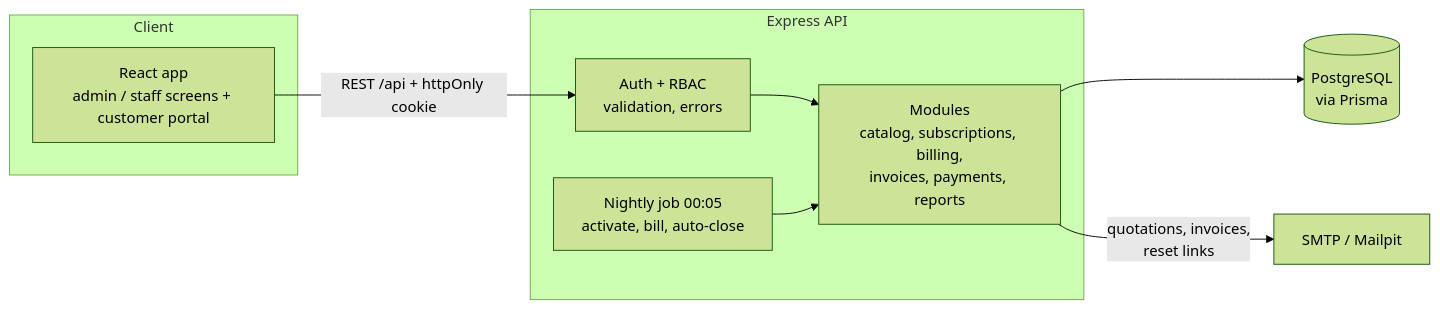
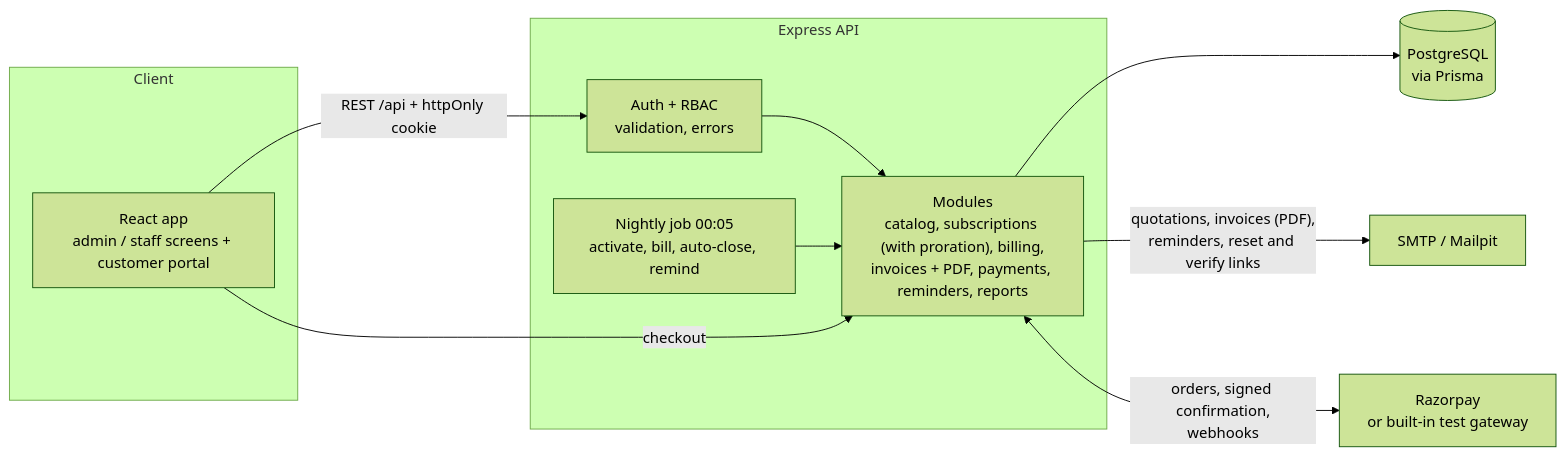
Before and after one commit to Vaibhav2005-r/odoo_lucknow: the first of 5 diagrams in README.md, drawn with Mermaid (forest theme). The commit also changed other lines of this file and 6 other files, not shown here.

First line of the commit message:
Update README for proration, payments and reminders; add proration screenshots

````diff
--- a/README.md
+++ b/README.md
@@ -64,18 +71,21 @@
 ```mermaid
 flowchart LR
     subgraph Client
         UI["React app<br/>admin / staff screens + customer portal"]
     end
     subgraph Server["Express API"]
         MW["Auth + RBAC<br/>validation, errors"]
-        MOD["Modules<br/>catalog, subscriptions, billing,<br/>invoices, payments, reports"]
-        JOB["Nightly job 00:05<br/>activate, bill, auto-close"]
+        MOD["Modules<br/>catalog, subscriptions (with proration), billing,<br/>invoices + PDF, payments, reminders, reports"]
+        JOB["Nightly job 00:05<br/>activate, bill, auto-close, remind"]
     end
     DB[("PostgreSQL<br/>via Prisma")]
     MAIL["SMTP / Mailpit"]
+    PAY["Razorpay<br/>or built-in test gateway"]
 
     UI -- "REST /api + httpOnly cookie" --> MW --> MOD
     JOB --> MOD
     MOD --> DB
-    MOD -- "quotations, invoices,<br/>reset links" --> MAIL
+    MOD -- "quotations, invoices (PDF),<br/>reminders, reset and verify links" --> MAIL
+    UI -- "checkout" --> MOD
+    MOD <-- "orders, signed confirmation,<br/>webhooks" --> PAY
 ```
````
